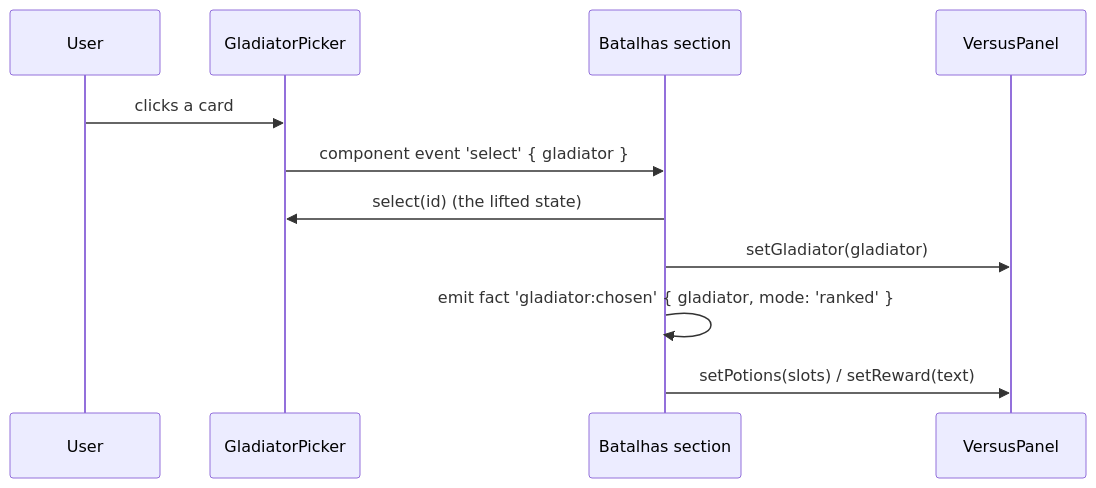
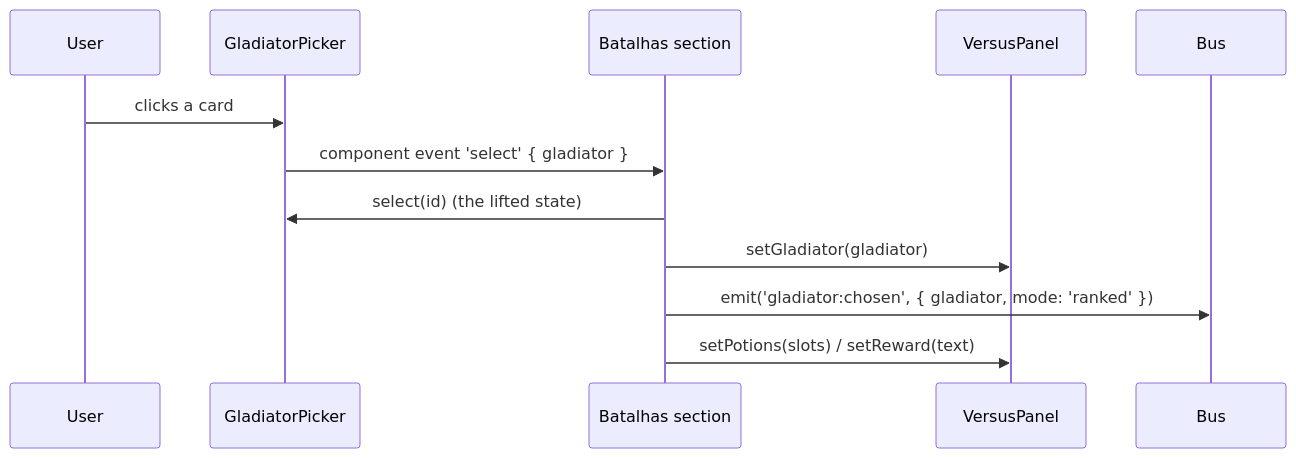
Before and after one commit to werlang/gladCode2: the third of 8 diagrams in docs/frontend/events.md, drawn with Mermaid. The commit also changed other lines of this file, not shown here.

Commit message:
docs: simplify the event-flow diagrams

````diff
--- a/docs/frontend/events.md
+++ b/docs/frontend/events.md
@@ -217,13 +217,14 @@
 ```mermaid
 sequenceDiagram
     participant User
     participant Picker as GladiatorPicker
     participant Section as Batalhas section
     participant Panel as VersusPanel
+    participant Bus
     User->>Picker: clicks a card
     Picker->>Section: component event 'select' { gladiator }
     Section->>Picker: select(id) (the lifted state)
     Section->>Panel: setGladiator(gladiator)
-    Section->>Section: emit fact 'gladiator:chosen' { gladiator, mode: 'ranked' }
+    Section->>Bus: emit('gladiator:chosen', { gladiator, mode: 'ranked' })
     Section->>Panel: setPotions(slots) / setReward(text)
 ```
````
